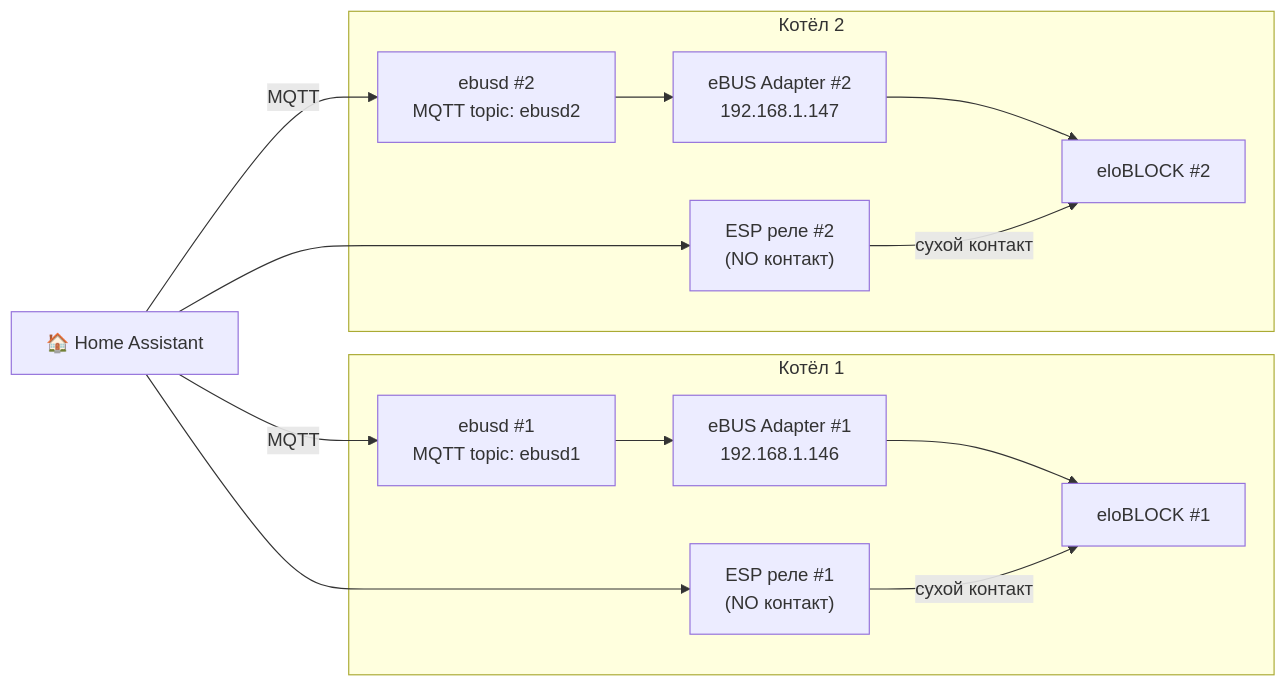
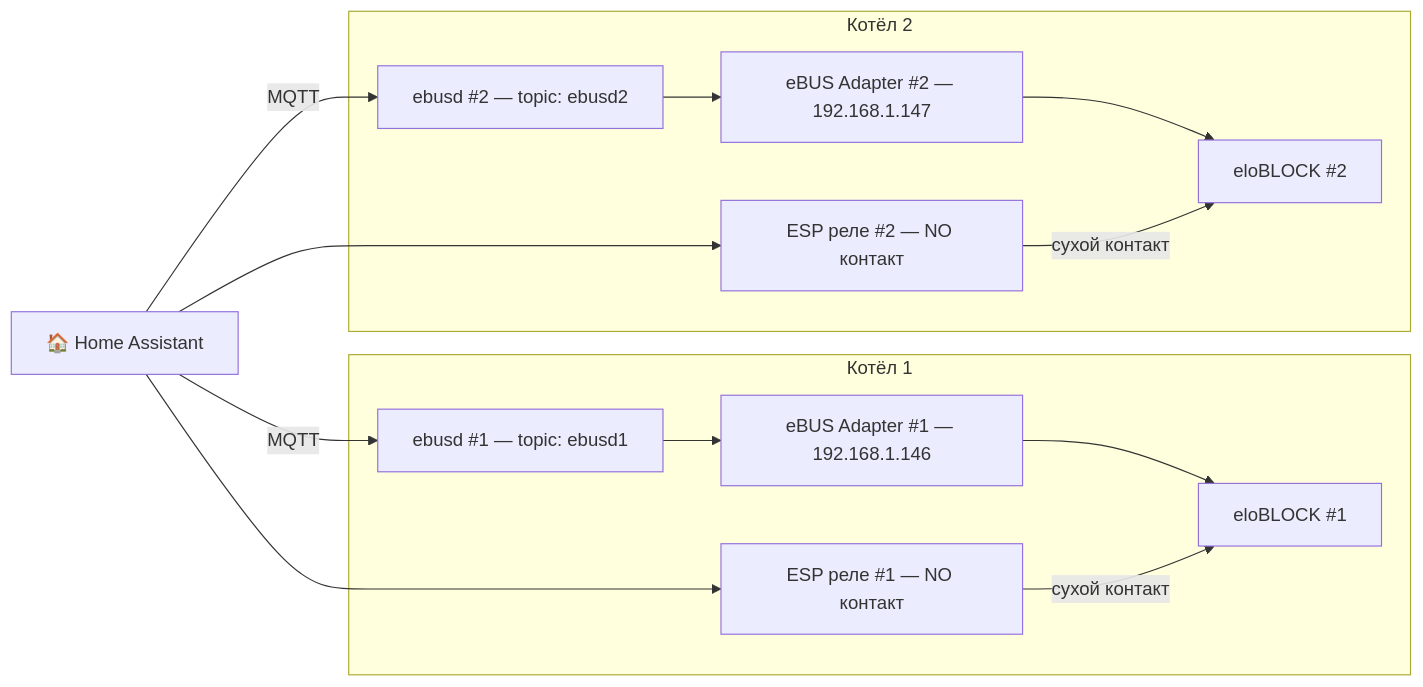
One commit to Gfermoto/Vaillant changed the seventh of 7 diagrams in HABR_ARTICLE.md. Above: the diagram before and after it, drawn with Mermaid. The commit also changed other lines of this file, not shown here.

First line of the commit message:
Fix Mermaid diagrams: remove literal \n from all node and edge labels

````diff
--- a/HABR_ARTICLE.md
+++ b/HABR_ARTICLE.md
@@ -548,27 +548,27 @@
 ```mermaid
 graph LR
     HA["🏠 Home Assistant"]
 
     subgraph Boiler1["Котёл 1"]
-        ebusd1["ebusd #1\nMQTT topic: ebusd1"]
-        Adapter1["eBUS Adapter #1\n192.168.1.146"]
-        Relay1["ESP реле #1\n(NO контакт)"]
+        ebusd1["ebusd #1 — topic: ebusd1"]
+        Adapter1["eBUS Adapter #1 — 192.168.1.146"]
+        Relay1["ESP реле #1 — NO контакт"]
         VE1["eloBLOCK #1"]
         ebusd1 --> Adapter1 --> VE1
         Relay1 -- "сухой контакт" --> VE1
     end
 
     subgraph Boiler2["Котёл 2"]
-        ebusd2["ebusd #2\nMQTT topic: ebusd2"]
-        Adapter2["eBUS Adapter #2\n192.168.1.147"]
-        Relay2["ESP реле #2\n(NO контакт)"]
+        ebusd2["ebusd #2 — topic: ebusd2"]
+        Adapter2["eBUS Adapter #2 — 192.168.1.147"]
+        Relay2["ESP реле #2 — NO контакт"]
         VE2["eloBLOCK #2"]
         ebusd2 --> Adapter2 --> VE2
         Relay2 -- "сухой контакт" --> VE2
     end
 
     HA -- "MQTT" --> ebusd1
     HA -- "MQTT" --> ebusd2
     HA --> Relay1
     HA --> Relay2
 ```
````
